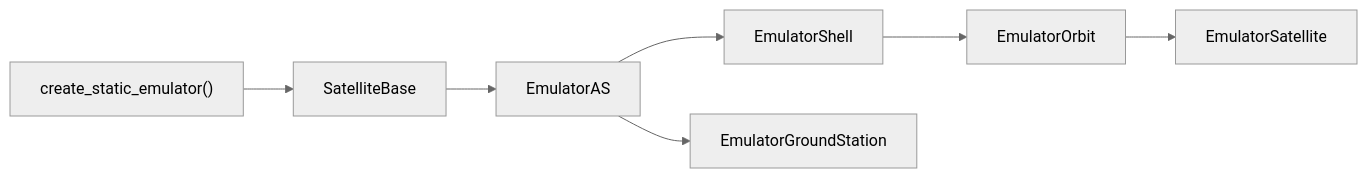
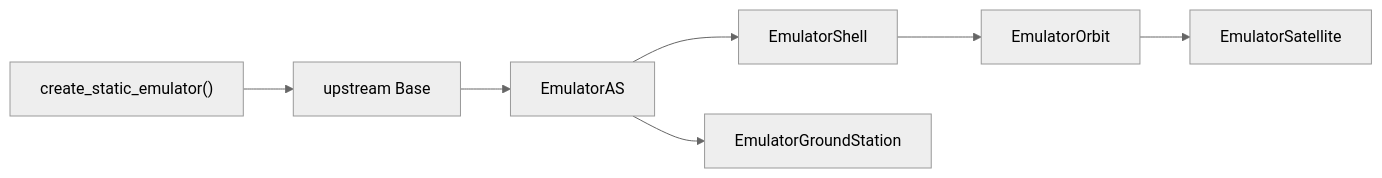
Before and after one commit to seed-labs/skyseed: the second of 2 diagrams in skyseed_v2/src/skyseed_v2/emulator/README.md, drawn with Mermaid (neutral theme). The commit also changed 52 other files, not shown here.

````diff
--- a/skyseed_v2/src/skyseed_v2/emulator/README.md
+++ b/skyseed_v2/src/skyseed_v2/emulator/README.md
@@ -23,9 +23,9 @@
 ```mermaid
 flowchart LR
-    F["create_static_emulator()"] --> B["SatelliteBase"]
+    F["create_static_emulator()"] --> B["upstream Base"]
     B --> A["EmulatorAS"]
     A --> SH["EmulatorShell"]
     SH --> O["EmulatorOrbit"]
     O --> S["EmulatorSatellite"]
     A --> G["EmulatorGroundStation"]
 ```
````
